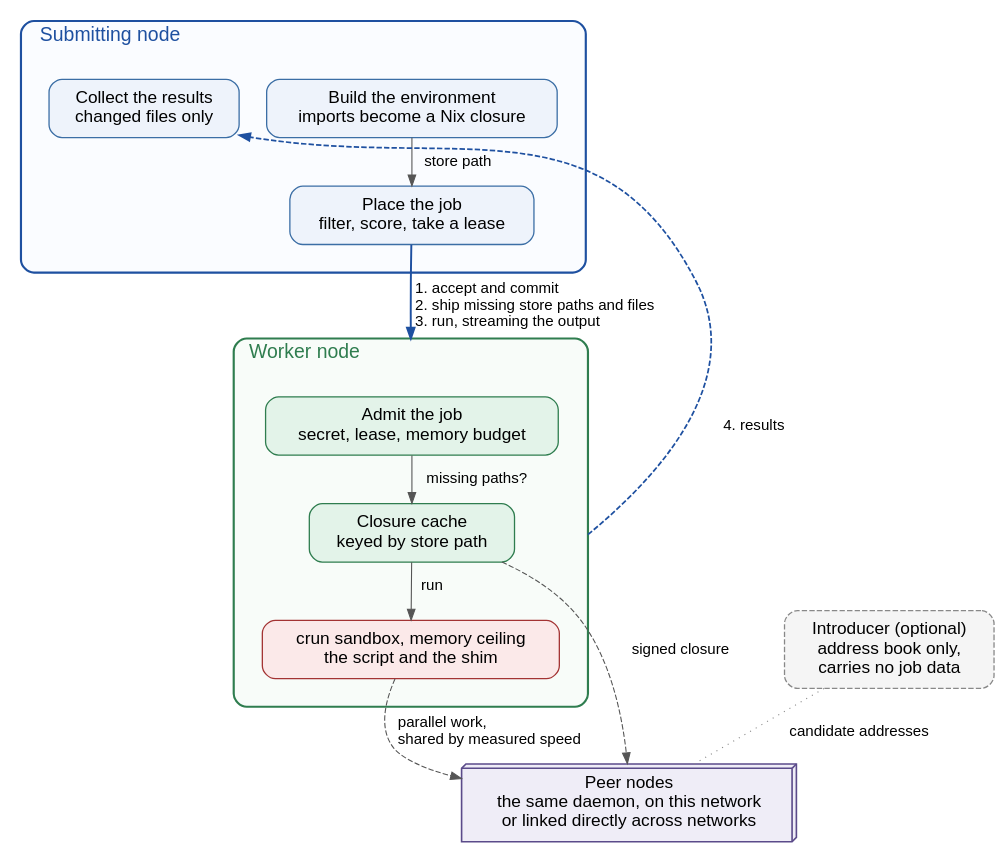
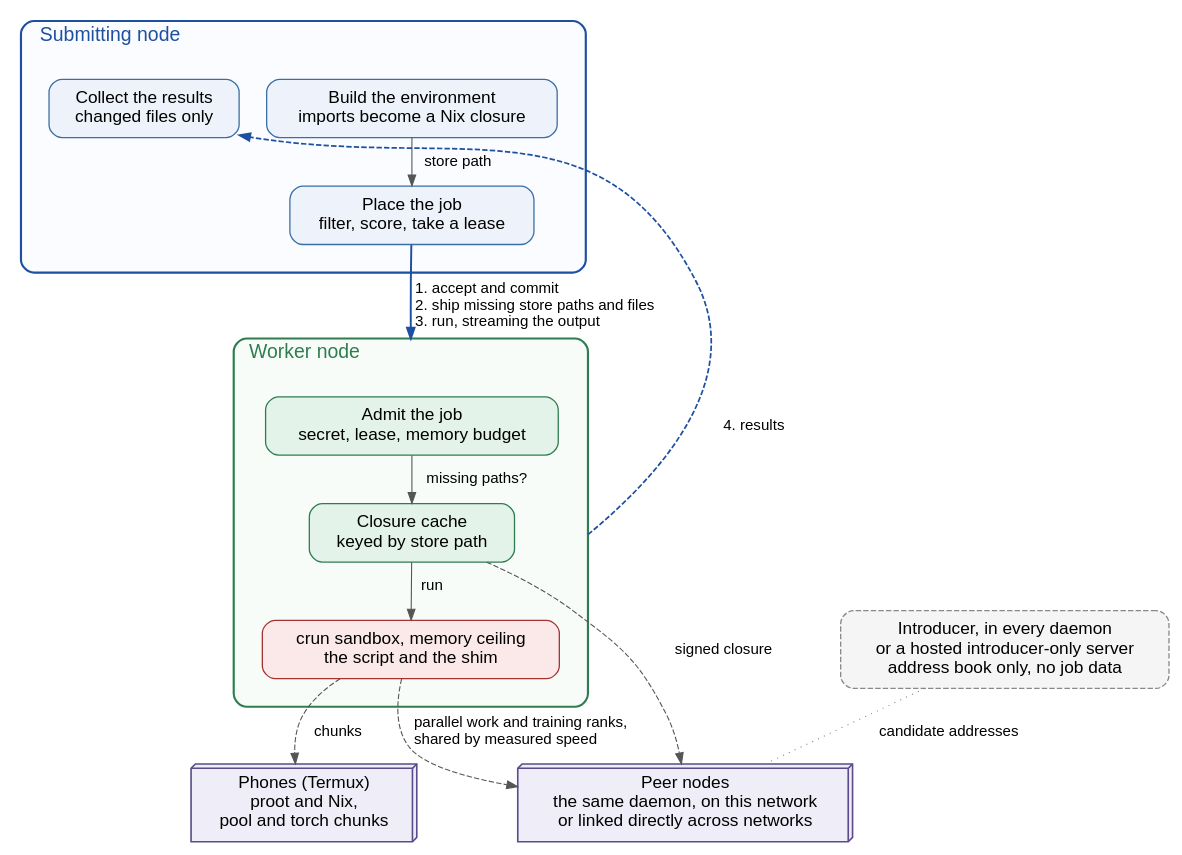
The diagram in docs/diagrams/src/fig_3.1_system_design.dot (vinayakyadav2709/Pipedpeer), drawn with Graphviz before and after one commit. The commit also changed 28 other files, not shown here.

```diff
--- a/docs/diagrams/src/fig_3.1_system_design.dot
+++ b/docs/diagrams/src/fig_3.1_system_design.dot
@@ -1,45 +1,49 @@
 // Figure 3.1 - PipedPeer system design.
-// Every box is on the path. The introducer sits outside both nodes because it
-// is the one role that is not symmetric, and it is dashed because a LAN
-// cluster needs none.
+// Every box is on the path. Every daemon serves the introducer for its own
+// cluster; it is drawn apart, dashed, because a LAN cluster needs none and a
+// hosted introducer-only server may take the role. Phones join as nodes that
+// take parallel chunks under proot and Nix.
 digraph SystemDesign {
   rankdir=TB; compound=true; bgcolor="white"; nodesep=0.35; ranksep=0.42;
   node [fontname="Helvetica", fontsize=16, shape=box, style="rounded,filled",
         fillcolor="#eef3fb", color="#3b6ea5", penwidth=1.2, margin="0.20,0.13"];
   edge [fontname="Helvetica", fontsize=14, color="#555555"];
   graph [fontname="Helvetica", fontsize=18];
 
   subgraph cluster_submit {
     label="Submitting node"; labeljust=l;
     style="rounded"; color="#1e50a0"; penwidth=2.0; fontcolor="#1e50a0"; bgcolor="#fafcff";
     margin="26,20";
     build [label="Build the environment\nimports become a Nix closure"];
     place [label="Place the job\nfilter, score, take a lease"];
     coll  [label="Collect the results\nchanged files only"];
     build -> place [label="  store path  "];
   }
 
   subgraph cluster_worker {
     label="Worker node"; labeljust=l;
     style="rounded"; color="#2f7d4f"; penwidth=2.0; fontcolor="#2f7d4f"; bgcolor="#f8fcf9";
     margin="26,20";
     node [fillcolor="#e3f3e9", color="#2f7d4f"];
     admit [label="Admit the job\nsecret, lease, memory budget"];
     cache [label="Closure cache\nkeyed by store path"];
     sandbox [label="crun sandbox, memory ceiling\nthe script and the shim", fillcolor="#fbe9e9", color="#a33333"];
     admit -> cache [label="  missing paths?  "];
     cache -> sandbox [label="  run  "];
   }
 
   peers [label="Peer nodes\nthe same daemon, on this network\nor linked directly across networks", shape=box3d, fillcolor="#efedf7", color="#5b4b8a", penwidth=1.5];
-  intro [label="Introducer (optional)\naddress book only,\ncarries no job data", style="rounded,filled,dashed", fillcolor="#f5f5f5", color="#888888"];
+  phone [label="Phones (Termux)\nproot and Nix,\npool and torch chunks", shape=box3d, fillcolor="#efedf7", color="#5b4b8a", penwidth=1.5];
+  intro [label="Introducer, in every daemon\nor a hosted introducer-only server\naddress book only, no job data", style="rounded,filled,dashed", fillcolor="#f5f5f5", color="#888888"];
 
   place -> admit [lhead=cluster_worker, penwidth=1.8, color="#1e50a0",
                   label="  1. accept and commit\l  2. ship missing store paths and files\l  3. run, streaming the output\l"];
   sandbox -> coll [ltail=cluster_worker, style=dashed, penwidth=1.6, color="#1e50a0", constraint=false,
                    label="  4. results  "];
 
   cache   -> peers [style=dashed, label="  signed closure  "];
-  sandbox -> peers [style=dashed, label="  parallel work,\l  shared by measured speed\l"];
+  sandbox -> peers [style=dashed, label="  parallel work and training ranks,\l  shared by measured speed\l"];
+  sandbox -> phone [style=dashed, label="  chunks  "];
+  { rank=same; peers; phone; }
   intro   -> peers [style=dotted, arrowhead=none, color="#888888", label="  candidate addresses  "];
 }
```
